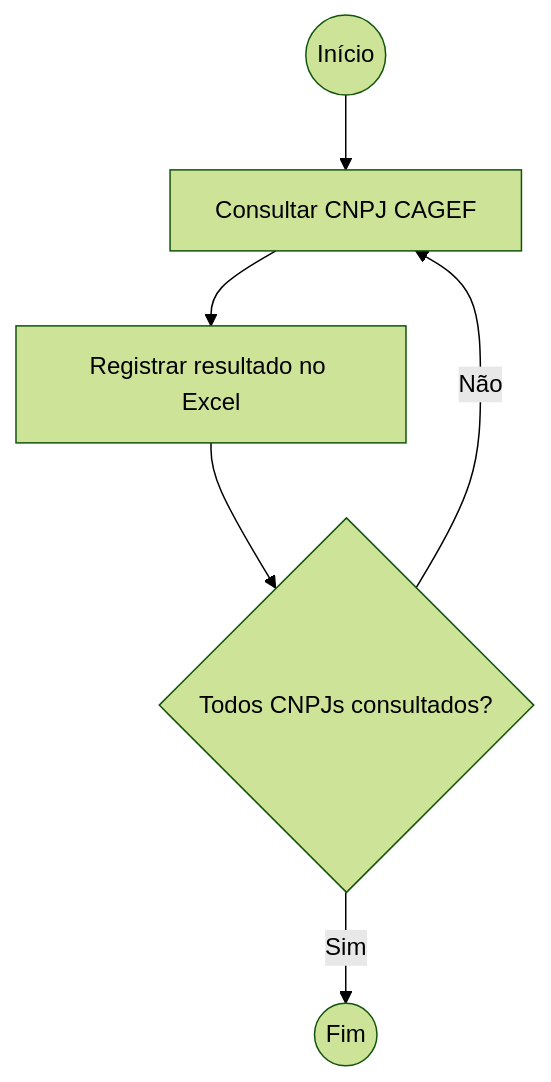
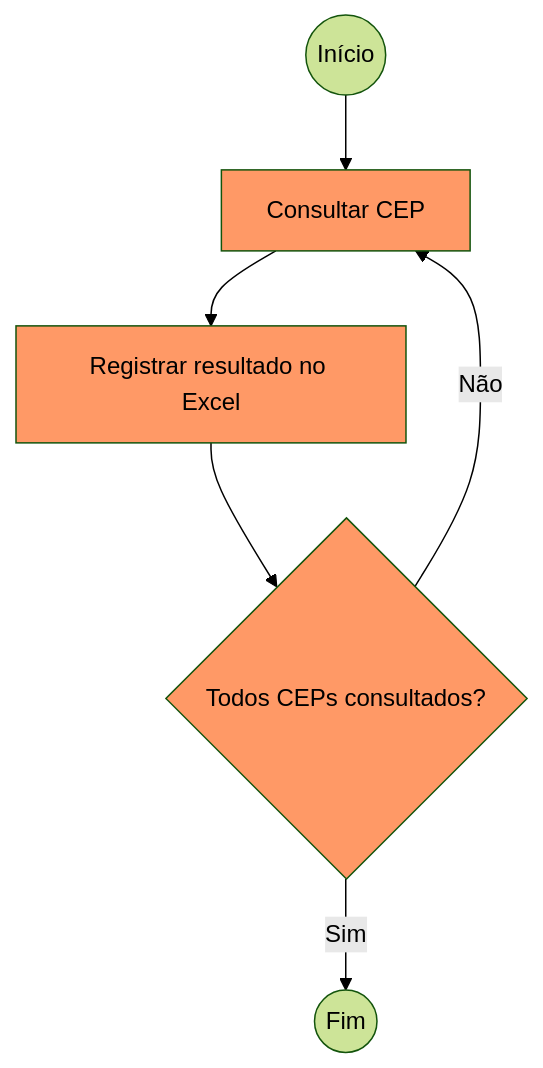
Before and after one commit to meadapt/meadapt.com: the fourth of 4 diagrams in docs/blog/posts/20240920_construa_seu_primeiro_fluxo_power_automate_do_zero.md, drawn with Mermaid (forest theme). The commit also changed other lines of this file, not shown here.

````diff
--- a/docs/blog/posts/20240920_construa_seu_primeiro_fluxo_power_automate_do_zero.md
+++ b/docs/blog/posts/20240920_construa_seu_primeiro_fluxo_power_automate_do_zero.md
@@ -169,10 +197,14 @@
-```mermaid
-flowchart TD
-    1((Início)) --> 2
-    2[Consultar CNPJ CAGEF] --> 3
-    3[Registrar resultado no Excel] --> 4
-    4{Todos CNPJs consultados?}
-    4-->|Sim|5
-    4-->|Não|2
-    5((Fim))
-```
+    ```mermaid
+    flowchart TD
+        1((Início)) --> 2
+        2[Consultar CEP] --> 3
+        2:::conditions
+        3[Registrar resultado no Excel] --> 4
+        3:::conditions
+        4{Todos CEPs consultados?}
+        4:::conditions
+        4-->|Sim|5
+        4-->|Não|2
+        5((Fim))
+        classDef conditions fill:#f96
+    ```
````
